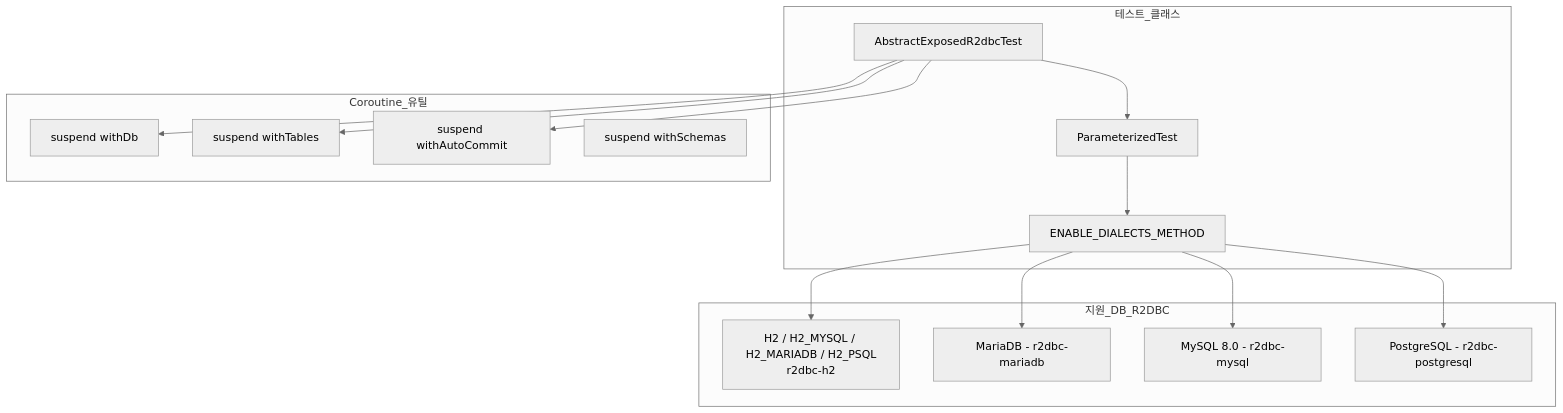
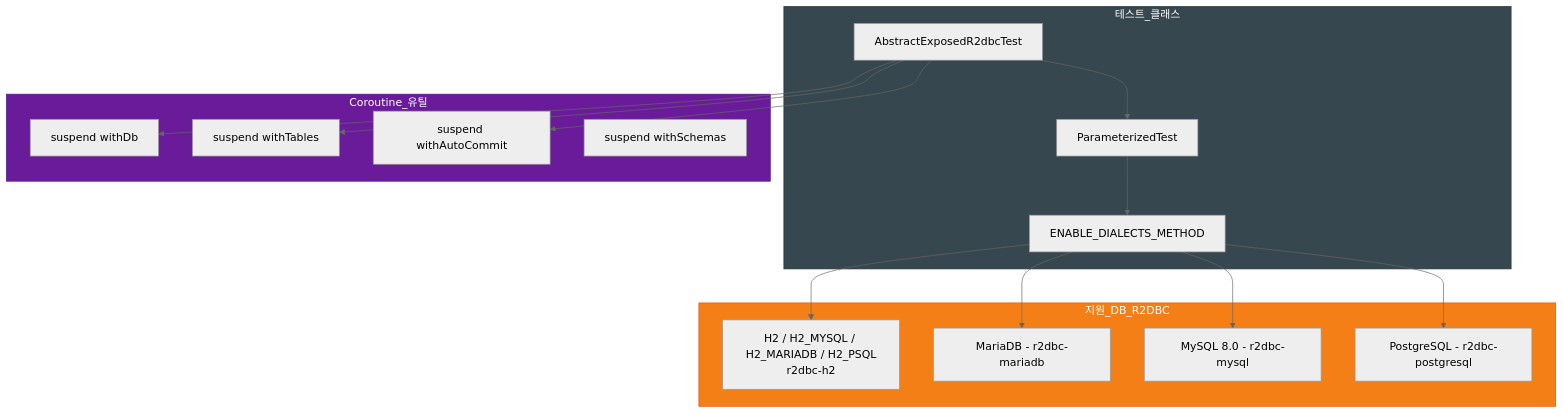
The first of 2 diagrams in data/exposed-r2dbc-tests/README.ko.md (bluetape4k/bluetape4k-projects), drawn with Mermaid (neutral theme) before and after one commit. The commit also changed other lines of this file and 221 other files, not shown here.

First line of the commit message:
docs: 전체 모듈 README UML 다이어그램 보강 및 색상 업그레이드

````diff
--- a/data/exposed-r2dbc-tests/README.ko.md
+++ b/data/exposed-r2dbc-tests/README.ko.md
@@ -278,30 +278,38 @@
 ```mermaid
 flowchart TD
     subgraph 테스트_클래스
         A[AbstractExposedR2dbcTest] --> B[ParameterizedTest]
         B --> C[ENABLE_DIALECTS_METHOD]
     end
 
     subgraph 지원_DB_R2DBC
         D[H2 / H2_MYSQL / H2_MARIADB / H2_PSQL<br/>r2dbc-h2]
         E[MariaDB - r2dbc-mariadb]
         F[MySQL 8.0 - r2dbc-mysql]
         G[PostgreSQL - r2dbc-postgresql]
     end
 
     subgraph Coroutine_유틸
         H[suspend withDb]
         I[suspend withTables]
         J[suspend withAutoCommit]
         K[suspend withSchemas]
     end
 
     C --> D
     C --> E
     C --> F
     C --> G
 
     A --> H
     A --> I
     A --> J
+
+    classDef testStyle fill:#37474F,stroke:#263238,color:#FFFFFF
+    classDef dbStyle fill:#F57F17,stroke:#E65100,color:#FFFFFF
+    classDef coroutineStyle fill:#6A1B9A,stroke:#4A148C,color:#FFFFFF
+
+    class 테스트_클래스 testStyle
+    class 지원_DB_R2DBC dbStyle
+    class Coroutine_유틸 coroutineStyle
 ```
````
